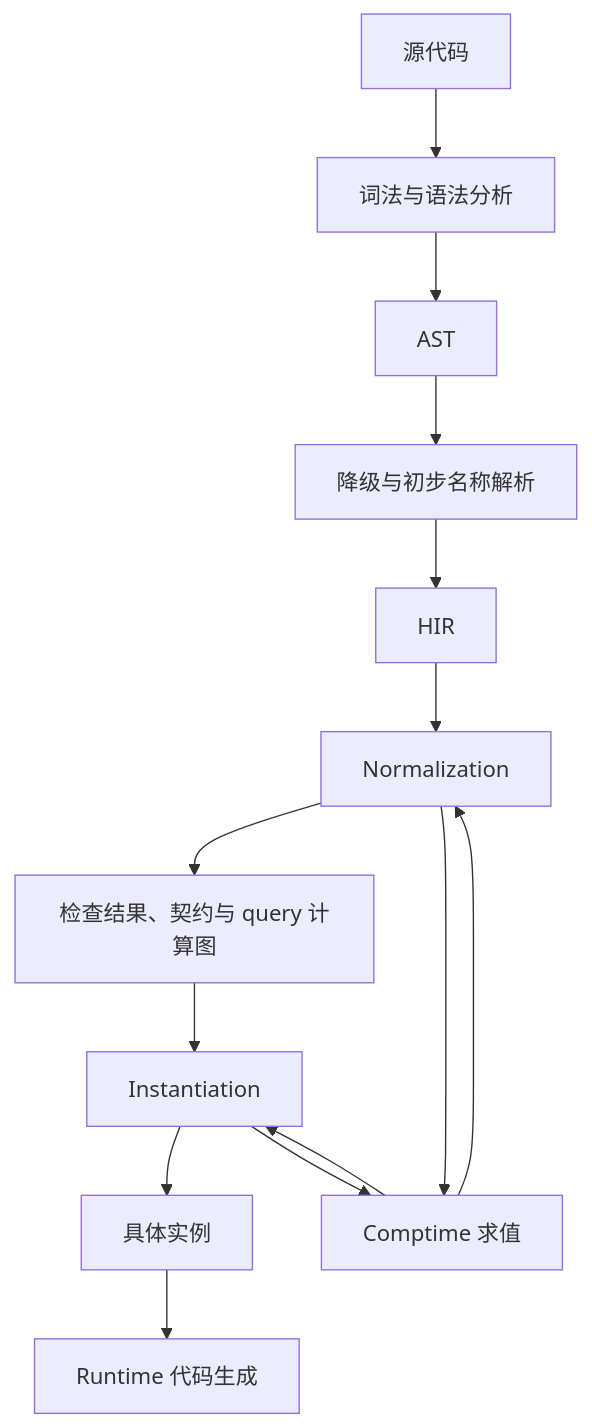
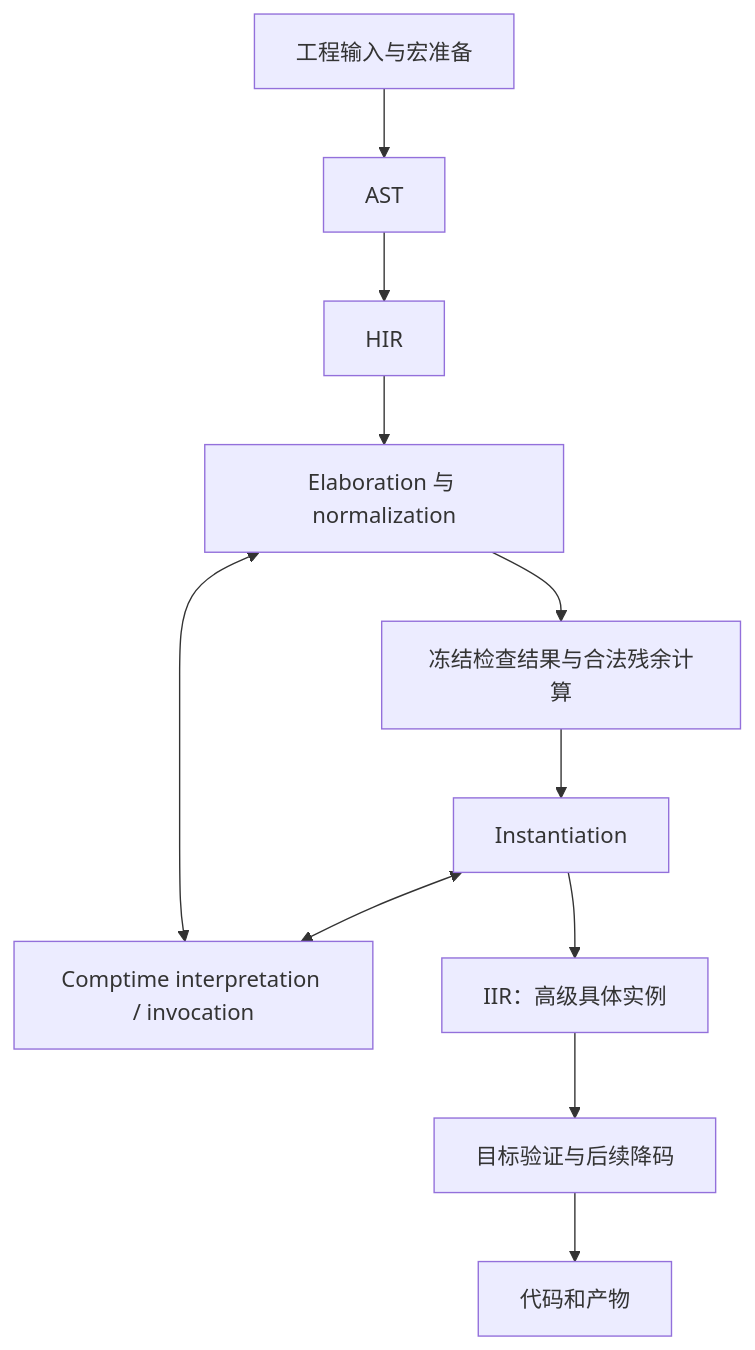
Before and after one commit to Finlifin/luna: the diagram in docs/compilation/phases.md, drawn with Mermaid. The commit also changed other lines of this file and 157 other files, not shown here.

````diff
--- a/docs/compilation/phases.md
+++ b/docs/compilation/phases.md
@@ -5,16 +144,13 @@
 ```mermaid
 flowchart TD
-    A[源代码] --> B[词法与语法分析]
-    B --> C[AST]
-    C --> D[降级与初步名称解析]
-    D --> E[HIR]
-    E --> F[Normalization]
-    F --> G[检查结果、契约与 query 计算图]
-    G --> H[Instantiation]
-    H --> I[具体实例]
-    I --> J[Runtime 代码生成]
-    F --> K[Comptime 求值]
-    H --> K
-    K --> F
-    K --> H
+    A[工程输入与宏准备] --> B[AST]
+    B --> C[HIR]
+    C --> D[Elaboration 与 normalization]
+    D <--> E[Comptime interpretation / invocation]
+    D --> F[冻结检查结果与合法残余计算]
+    F --> G[Instantiation]
+    G <--> E
+    G --> H[IIR：高级具体实例]
+    H --> I[目标验证与后续降码]
+    I --> J[代码和产物]
 ```
````
